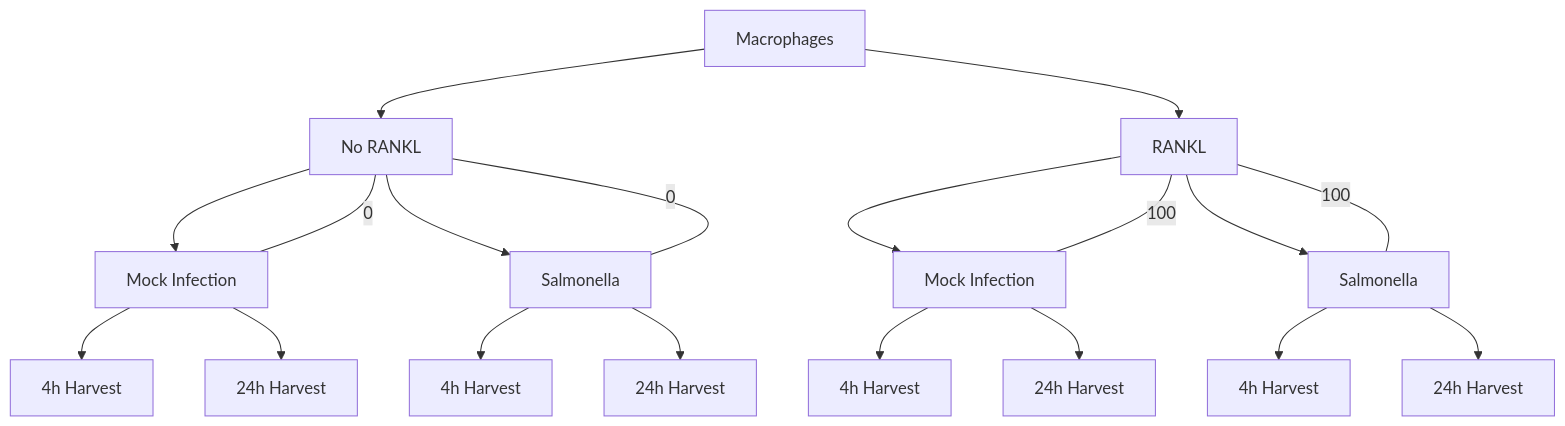
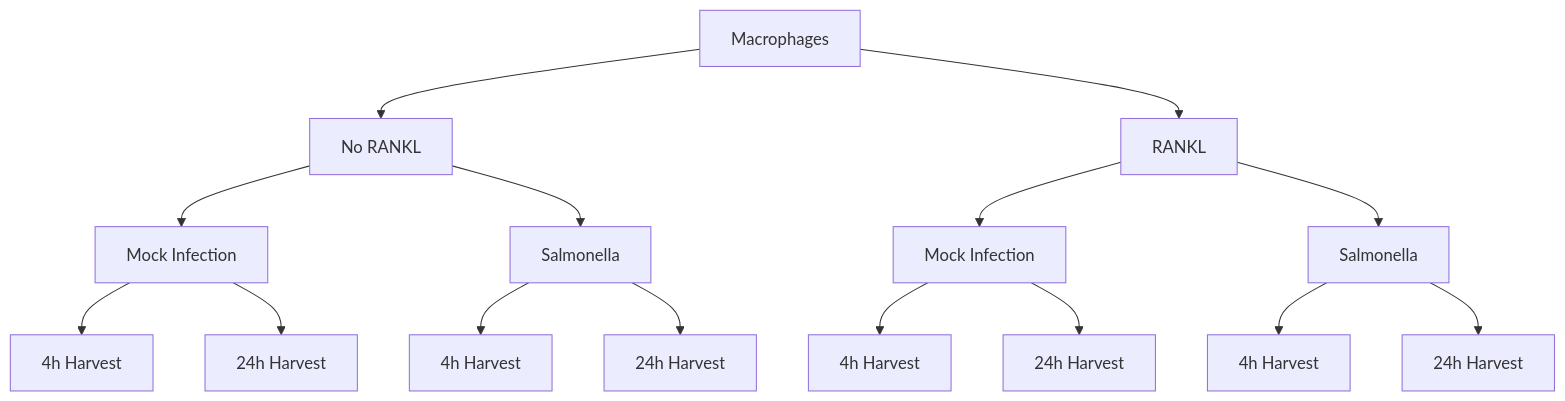
The diagram in README.md (MogilenkoLabVUMC/Clara_RANKL_STAR_macrophage_infection), drawn with Mermaid before and after one commit. The commit also changed other lines of this file and 27 other files, not shown here.

````diff
--- a/README.md
+++ b/README.md
@@ -6,25 +9,19 @@
 ```mermaid
 graph TD
     A[Macrophages] --> B[No RANKL]
     A --> C[RANKL]
     
     B --> D[Mock Infection]
     B --> E[Salmonella]
     C --> F[Mock Infection]
     C --> G[Salmonella]
     
     D --> H[4h Harvest]
     D --> I[24h Harvest]
     E --> J[4h Harvest]
     E --> K[24h Harvest]
     F --> L[4h Harvest]
     F --> M[24h Harvest]
     G --> N[4h Harvest]
     G --> O[24h Harvest]
-
-    %% Labels for conditions
-    B ---|0| D
-    B ---|0| E
-    C ---|100| F
-    C ---|100| G
 ```
````
